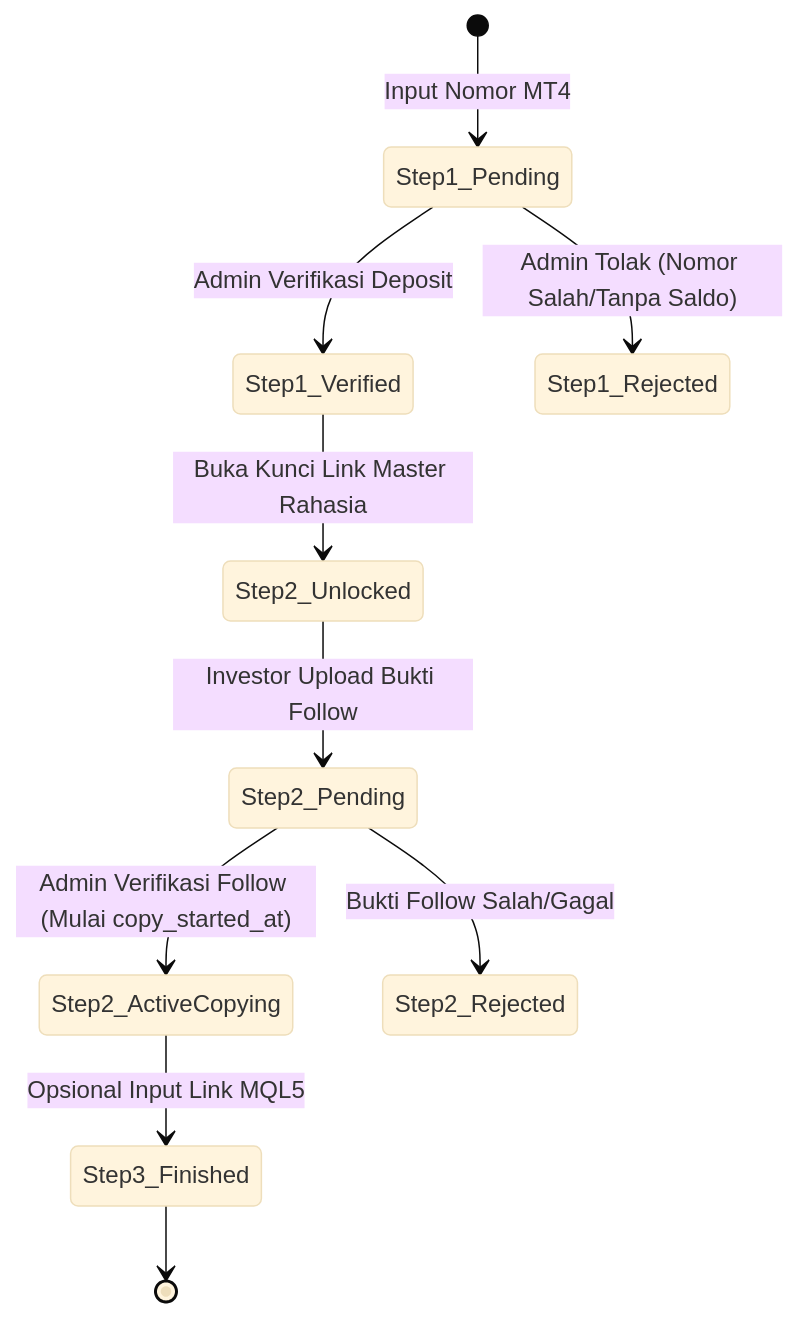
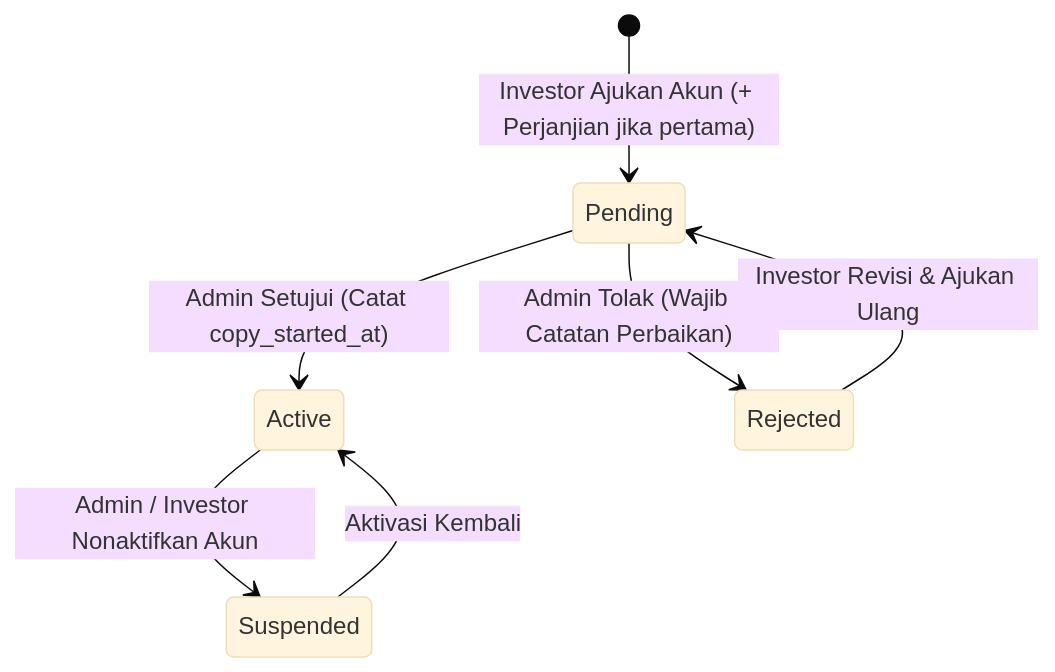
One commit to fransgabrielhutauruk/yzd-center changed the diagram in docs/information-design/04_copytrade_dan_broker.md. Above: the diagram before and after it, drawn with Mermaid (base theme). The commit also changed other lines of this file and 47 other files, not shown here.

````diff
--- a/docs/information-design/04_copytrade_dan_broker.md
+++ b/docs/information-design/04_copytrade_dan_broker.md
@@ -64,14 +69,9 @@
 ```mermaid
 stateDiagram-v2
-    [*] --> Step1_Pending : Input Nomor MT4
-    Step1_Pending --> Step1_Verified : Admin Verifikasi Deposit
-    Step1_Pending --> Step1_Rejected : Admin Tolak (Nomor Salah/Tanpa Saldo)
-    
-    Step1_Verified --> Step2_Unlocked : Buka Kunci Link Master Rahasia
-    Step2_Unlocked --> Step2_Pending : Investor Upload Bukti Follow
-    Step2_Pending --> Step2_ActiveCopying : Admin Verifikasi Follow (Mulai copy_started_at)
-    Step2_Pending --> Step2_Rejected : Bukti Follow Salah/Gagal
-    
-    Step2_ActiveCopying --> Step3_Finished : Opsional Input Link MQL5
-    Step3_Finished --> [*]
+    [*] --> Pending : Investor Ajukan Akun (+ Perjanjian jika pertama)
+    Pending --> Active : Admin Setujui (Catat copy_started_at)
+    Pending --> Rejected : Admin Tolak (Wajib Catatan Perbaikan)
+    Rejected --> Pending : Investor Revisi & Ajukan Ulang
+    Active --> Suspended : Admin / Investor Nonaktifkan Akun
+    Suspended --> Active : Aktivasi Kembali
 ```
````
